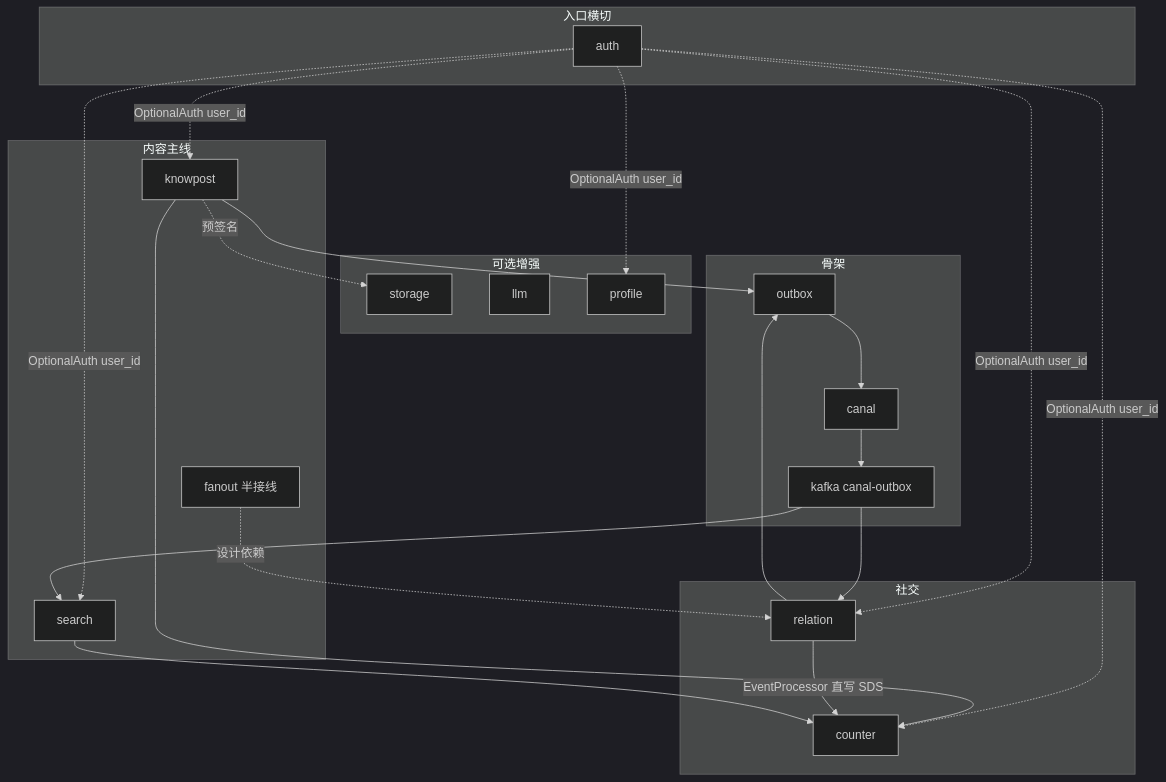
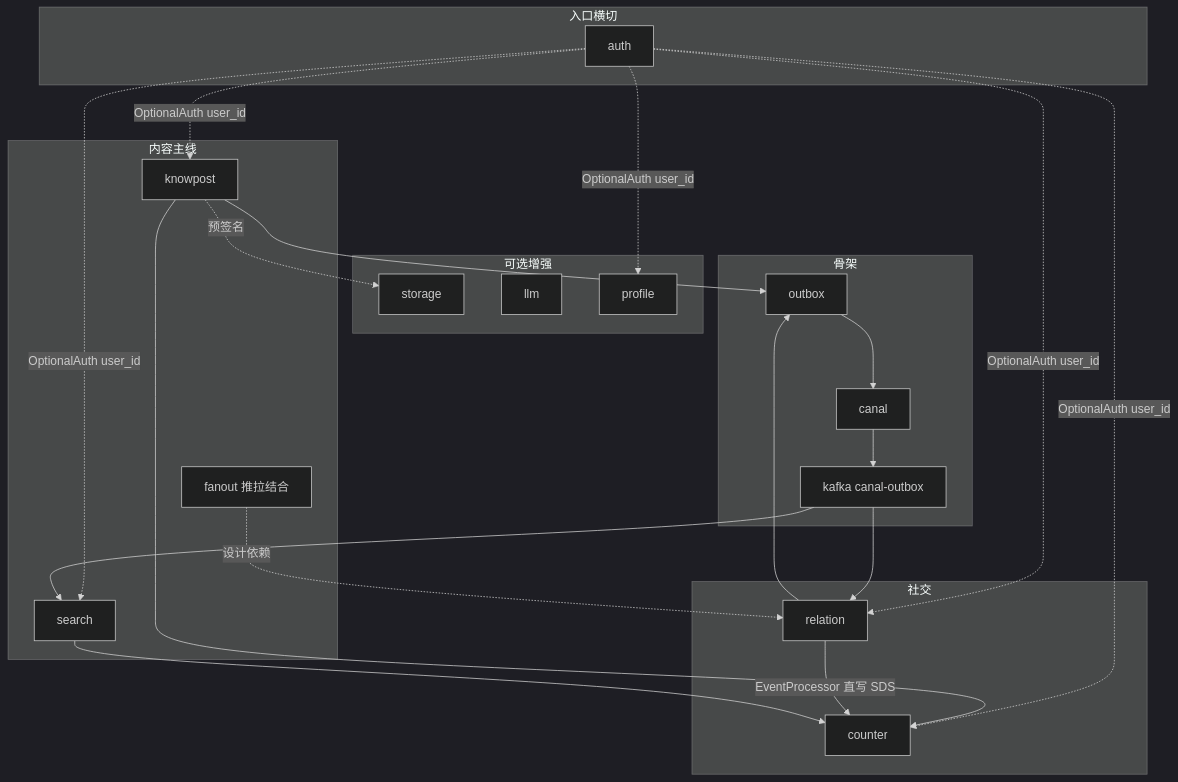
The third of 23 diagrams in docs/跨模块流程图.md (bitladykiller/zhiguang_go), drawn with Mermaid (dark theme) before and after one commit. The commit also changed other lines of this file and 43 other files, not shown here.

````diff
--- a/docs/跨模块流程图.md
+++ b/docs/跨模块流程图.md
@@ -157,41 +158,41 @@
 ```mermaid
 flowchart TD
     subgraph 入口横切
       AUTH[auth]
     end
 
     subgraph 内容主线
       KP[knowpost]
       SCH[search]
-      FAN[fanout 半接线]
+      FAN[fanout 推拉结合]
     end
 
     subgraph 社交
       REL[relation]
       CTR[counter]
     end
 
     subgraph 可选增强
       OSS[storage]
       LLM[llm]
       PROF[profile]
     end
 
     subgraph 骨架
       OUT[outbox]
       CAN[canal]
       KAF[kafka canal-outbox]
     end
 
     AUTH -.OptionalAuth user_id.-> KP & REL & CTR & SCH & PROF
     KP --> OUT
     REL --> OUT
     OUT --> CAN --> KAF
     KAF --> SCH
     KAF --> REL
     KP --> CTR
     REL -->|EventProcessor 直写 SDS| CTR
     SCH --> CTR
     KP -.预签名.-> OSS
     FAN -.设计依赖.-> REL
 ```
````
